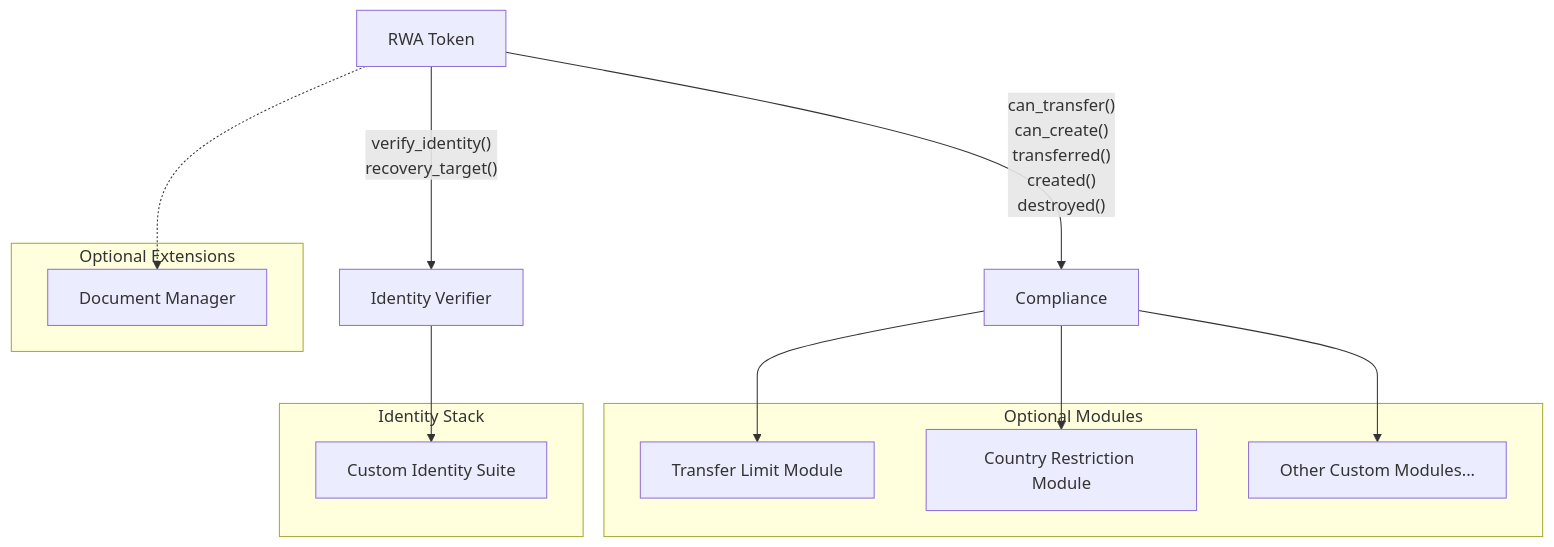
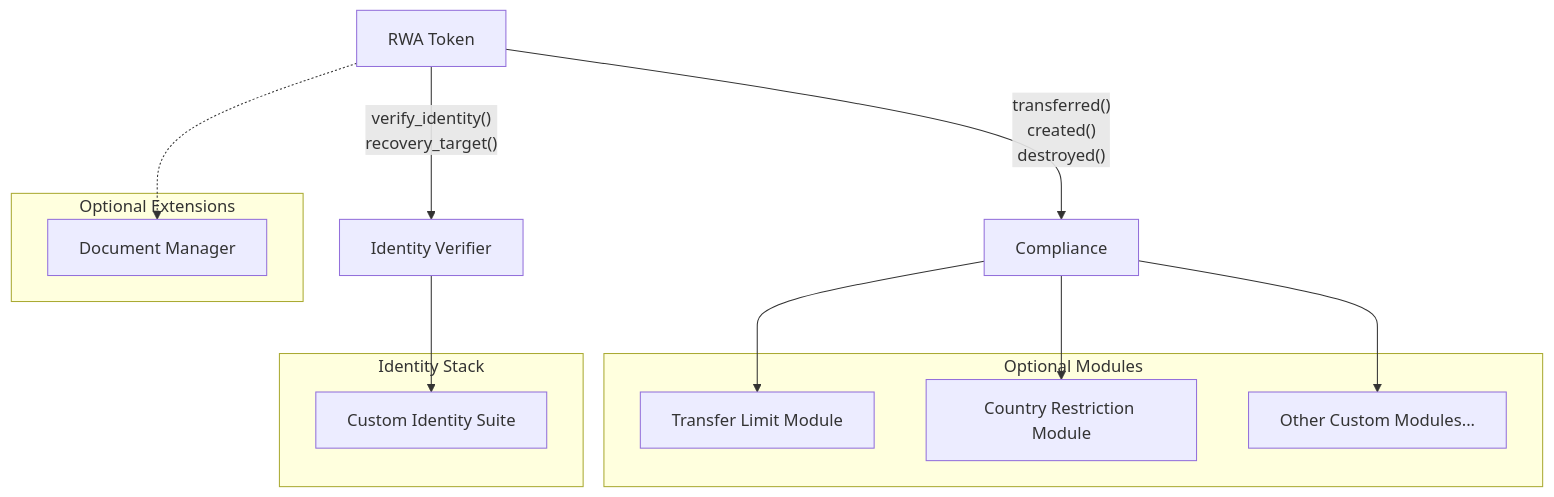
Before and after one commit to OpenZeppelin/docs: the first of 4 diagrams in content/stellar-contracts/tokens/rwa/rwa.mdx, drawn with Mermaid. The commit also changed other lines of this file and 20 other files, not shown here.

````diff
--- a/content/stellar-contracts/tokens/rwa/rwa.mdx
+++ b/content/stellar-contracts/tokens/rwa/rwa.mdx
@@ -35,31 +35,31 @@
 ```mermaid
 graph TB
 
     RWA[RWA Token]
     COMP[Compliance]
     IDV[Identity Verifier]
 
     subgraph "Optional Modules"
         CM1[Transfer Limit Module]
         CM2[Country Restriction Module]
         CM3[Other Custom Modules...]
     end
 
     subgraph "Optional Extensions"
         DM[Document Manager]
     end
 
     IDV --> IVS
 
     subgraph "Identity Stack"
         IVS[Custom Identity Suite]
     end
 
-    RWA -->|"can_transfer()<br/>can_create()<br/>transferred()<br/>created()<br/>destroyed()"| COMP
+    RWA -->|"transferred()<br/>created()<br/>destroyed()"| COMP
     RWA -->|"verify_identity()<br/>recovery_target()"| IDV
     RWA -.-> DM
 
     COMP --> CM1
     COMP --> CM2
     COMP --> CM3
 ```
````
